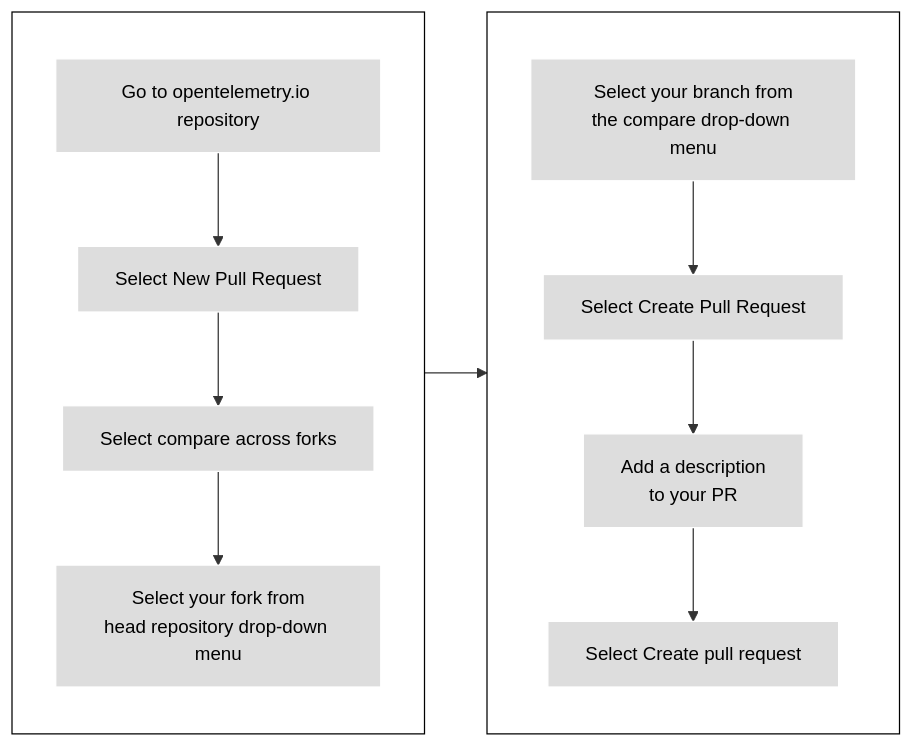
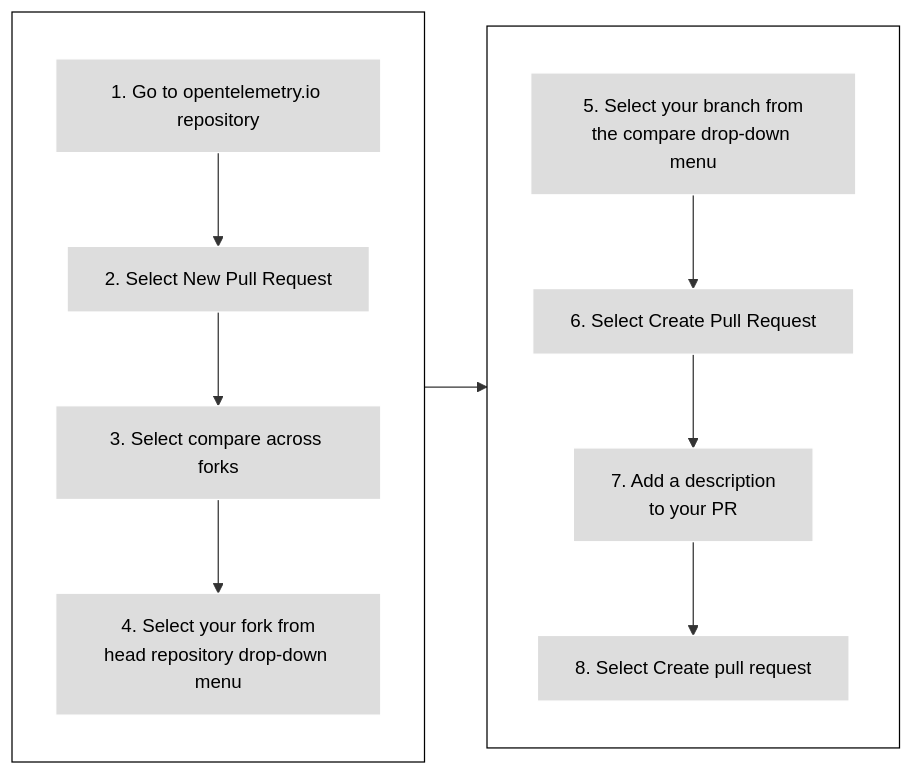
One commit to open-telemetry/opentelemetry.io changed the fourth of 4 diagrams in content/en/docs/contributing/pull-requests.md. Above: the diagram before and after it, drawn with Mermaid. The commit also changed other lines of this file, not shown here.

Commit message:
Revert "fix: :bug: remove markdown list enumerator to display content in mermaid chart"
This reverts commit 286225b017a79df149cd7849a81124f8f0f8ad52.

````diff
--- a/content/en/docs/contributing/pull-requests.md
+++ b/content/en/docs/contributing/pull-requests.md
@@ -288,22 +288,22 @@
 ```mermaid
 flowchart LR
 subgraph first[ ]
 direction TB
-1[Go to opentelemetry.io repository] --> 2[Select New Pull Request]
-2 --> 3[Select compare across forks]
-3 --> 4[Select your fork from<br>head repository drop-down menu]
+1[1. Go to opentelemetry.io repository] --> 2[2. Select New Pull Request]
+2 --> 3[3. Select compare across forks]
+3 --> 4[4. Select your fork from<br>head repository drop-down menu]
 end
 subgraph second [ ]
 direction TB
-5[Select your branch from<br>the compare drop-down menu] --> 6[Select Create Pull Request]
-6 --> 7[Add a description<br>to your PR]
-7 --> 8[Select Create pull request]
+5[5. Select your branch from<br>the compare drop-down menu] --> 6[6. Select Create Pull Request]
+6 --> 7[7. Add a description<br>to your PR]
+7 --> 8[8. Select Create pull request]
 end
 
 first --> second
 
 classDef grey fill:#dddddd,stroke:#ffffff,stroke-width:px,color:#000000, font-size:15px;
 classDef white fill:#ffffff,stroke:#000,stroke-width:px,color:#000,font-weight:bold
 class 1,2,3,4,5,6,7,8 grey
 class first,second white
 ```
````
